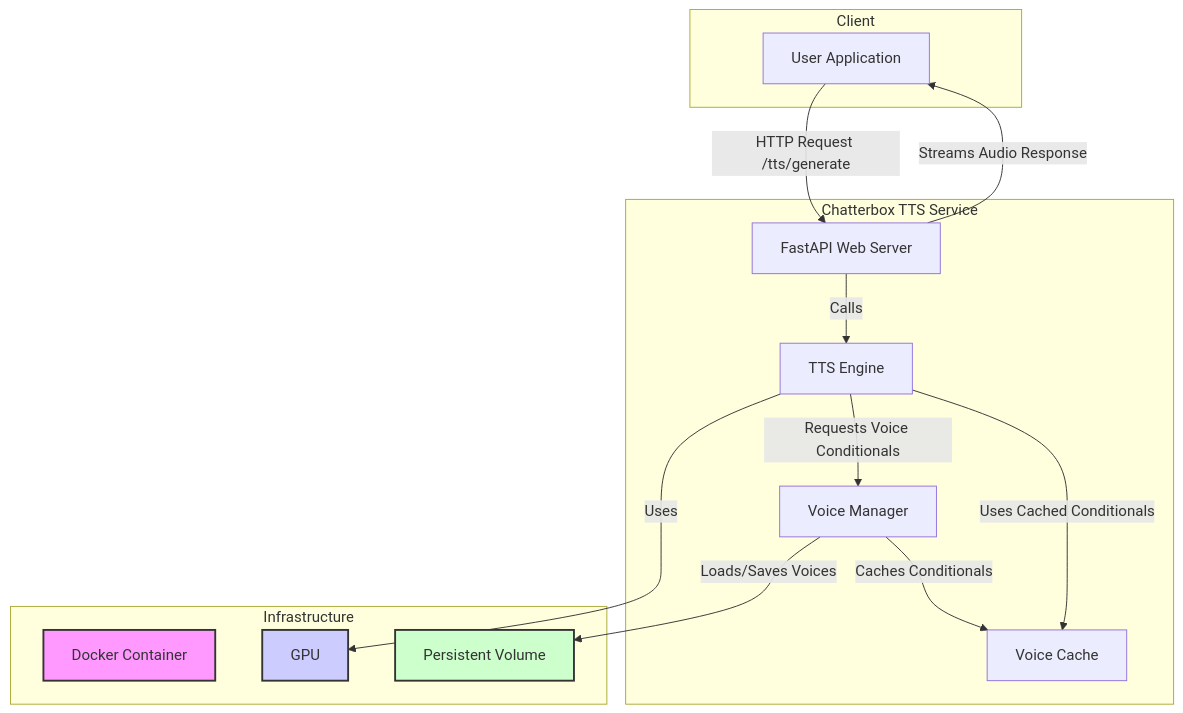
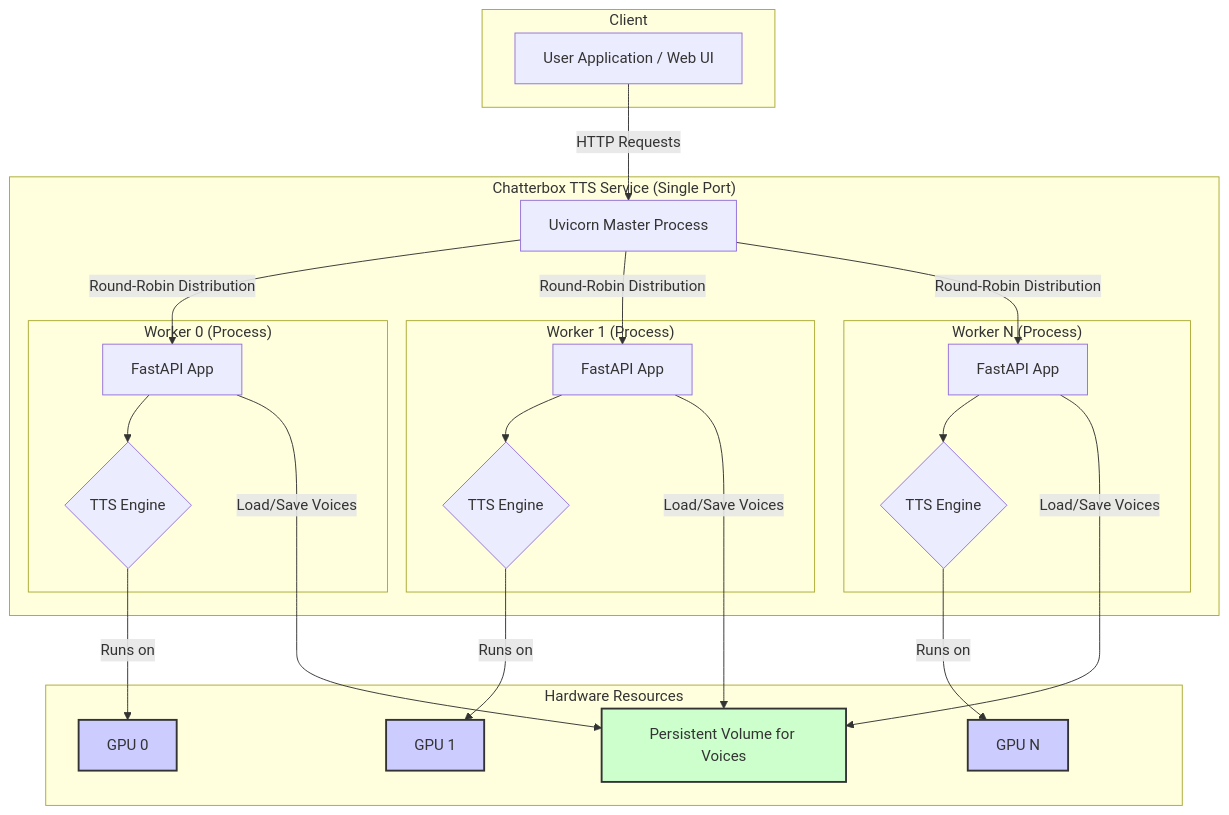
The first of 3 diagrams in README.md (akashdeep000/chatterbox-tts), drawn with Mermaid before and after one commit. The commit also changed other lines of this file and 1 other file, not shown here.

Commit message:
Concurency limit per GPU & Readme update

````diff
--- a/README.md
+++ b/README.md
@@ -13,32 +15,40 @@
 ```mermaid
 graph TD
     subgraph "Client"
-        A[User Application]
+        A[User Application / Web UI]
     end
 
-    subgraph "Chatterbox TTS Service"
-        B[FastAPI Web Server]
-        C[TTS Engine]
-        D[Voice Manager]
-        E[Voice Cache]
+    subgraph "Chatterbox TTS Service (Single Port)"
+        LB[Uvicorn Master Process]
+
+        subgraph "Worker 0 (Process)"
+            B1[FastAPI App] --> C1{TTS Engine};
+        end
+        subgraph "Worker 1 (Process)"
+            B2[FastAPI App] --> C2{TTS Engine};
+        end
+        subgraph "Worker N (Process)"
+            BN[FastAPI App] --> CN{TTS Engine};
+        end
     end
 
-    subgraph "Infrastructure"
-        F[Docker Container]
-        G[GPU]
-        H[Persistent Volume]
+    subgraph "Hardware Resources"
+        G0[GPU 0]
+        G1[GPU 1]
+        GN[GPU N]
+        H[Persistent Volume for Voices]
     end
 
-    A -- "HTTP Request /tts/generate" --> B
-    B -- "Calls" --> C
-    C -- "Uses" --> G
-    C -- "Requests Voice Conditionals" --> D
-    D -- "Loads/Saves Voices" --> H
-    D -- "Caches Conditionals" --> E
-    C -- "Uses Cached Conditionals" --> E
-    B -- "Streams Audio Response" --> A
+    A -- "HTTP Requests" --> LB
+    LB -- "Round-Robin Distribution" --> B1 & B2 & BN
 
-    style F fill:#f9f,stroke:#333,stroke-width:2px
-    style G fill:#ccf,stroke:#333,stroke-width:2px
+    C1 -- "Runs on" --> G0;
+    C2 -- "Runs on" --> G1;
+    CN -- "Runs on" --> GN;
+    B1 & B2 & BN -- "Load/Save Voices" --> H;
+
+    style G0 fill:#ccf,stroke:#333,stroke-width:2px
+    style G1 fill:#ccf,stroke:#333,stroke-width:2px
+    style GN fill:#ccf,stroke:#333,stroke-width:2px
     style H fill:#cfc,stroke:#333,stroke-width:2px
 ```
````
